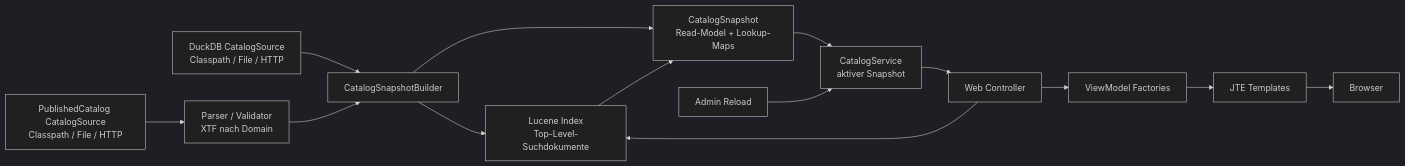
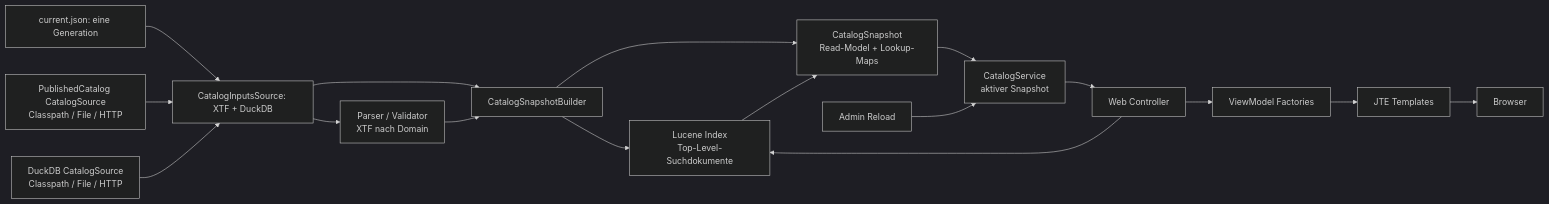
Before and after one commit to sogis/datenportal-sodata: the first of 2 diagrams in docs/architecture.md, drawn with Mermaid (dark theme). The commit also changed other lines of this file and 16 other files, not shown here.

Commit message:
feat: load DuckDB catalog from publication manifest

````diff
--- a/docs/architecture.md
+++ b/docs/architecture.md
@@ -9,29 +9,34 @@
 ```mermaid
 flowchart LR
+    manifest["current.json: eine Generation"]
+    inputs["CatalogInputsSource: XTF + DuckDB"]
+    manifest --> inputs
+    inputs --> parser
+    inputs --> builder
     xtf["PublishedCatalog CatalogSource<br/>Classpath / File / HTTP"]
     duckdb["DuckDB CatalogSource<br/>Classpath / File / HTTP"]
     parser["Parser / Validator<br/>XTF nach Domain"]
     builder["CatalogSnapshotBuilder"]
     snapshot["CatalogSnapshot<br/>Read-Model + Lookup-Maps"]
     lucene["Lucene Index<br/>Top-Level-Suchdokumente"]
     service["CatalogService<br/>aktiver Snapshot"]
     web["Web Controller"]
     vm["ViewModel Factories"]
     jte["JTE Templates"]
     browser["Browser"]
     admin["Admin Reload"]
 
-    xtf --> parser
-    duckdb --> builder
+    xtf --> inputs
+    duckdb --> inputs
     parser --> builder
     builder --> lucene
     builder --> snapshot
     lucene --> snapshot
     snapshot --> service
     admin --> service
     service --> web
     web --> vm
     vm --> jte
     jte --> browser
     web --> lucene
 ```
````
